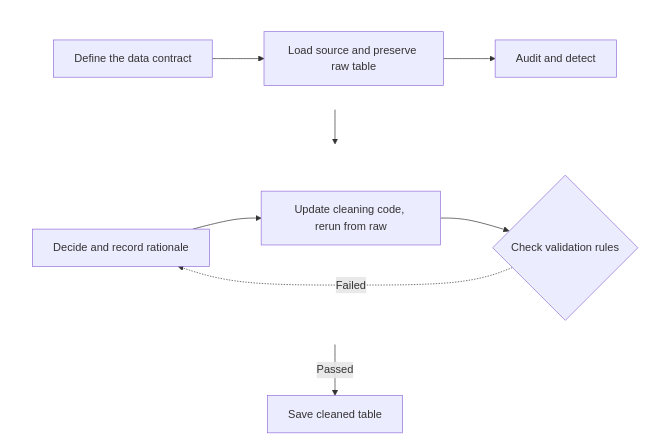
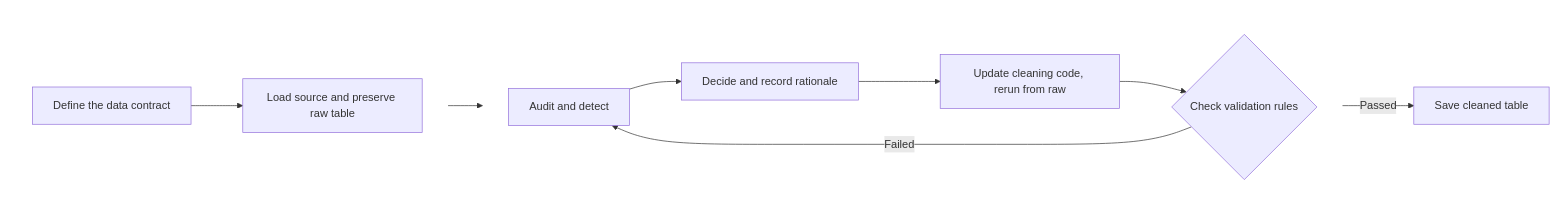
The diagram in 05/README.md (christopherseaman/datasci_217), drawn with Mermaid before and after one commit.

Commit message:
docs: lay out the Lecture 05 cleaning pipeline left to right

````diff
--- a/05/README.md
+++ b/05/README.md
@@ -766,16 +766,16 @@
 ```mermaid
-graph TD
+graph LR
     subgraph plan[" "]
         direction LR
-        A[Define the data contract] --> B[Load source and preserve raw table] --> C[Audit and detect]
+        A[Define the data contract] --> B[Load source and preserve raw table]
     end
     subgraph clean[" "]
         direction LR
-        D[Decide and record rationale] --> E[Update cleaning code, rerun from raw] --> F{Check validation rules}
-        F -.->|Failed| D
+        C[Audit and detect] --> D[Decide and record rationale] --> E[Update cleaning code, rerun from raw] --> F{Check validation rules}
     end
-    plan --> clean
-    clean -->|Passed| G[Save cleaned table]
+    B --> C
+    F -->|Failed| C
+    F -->|Passed| G[Save cleaned table]
     style plan fill:none,stroke:none
     style clean fill:none,stroke:none
 ```
````
